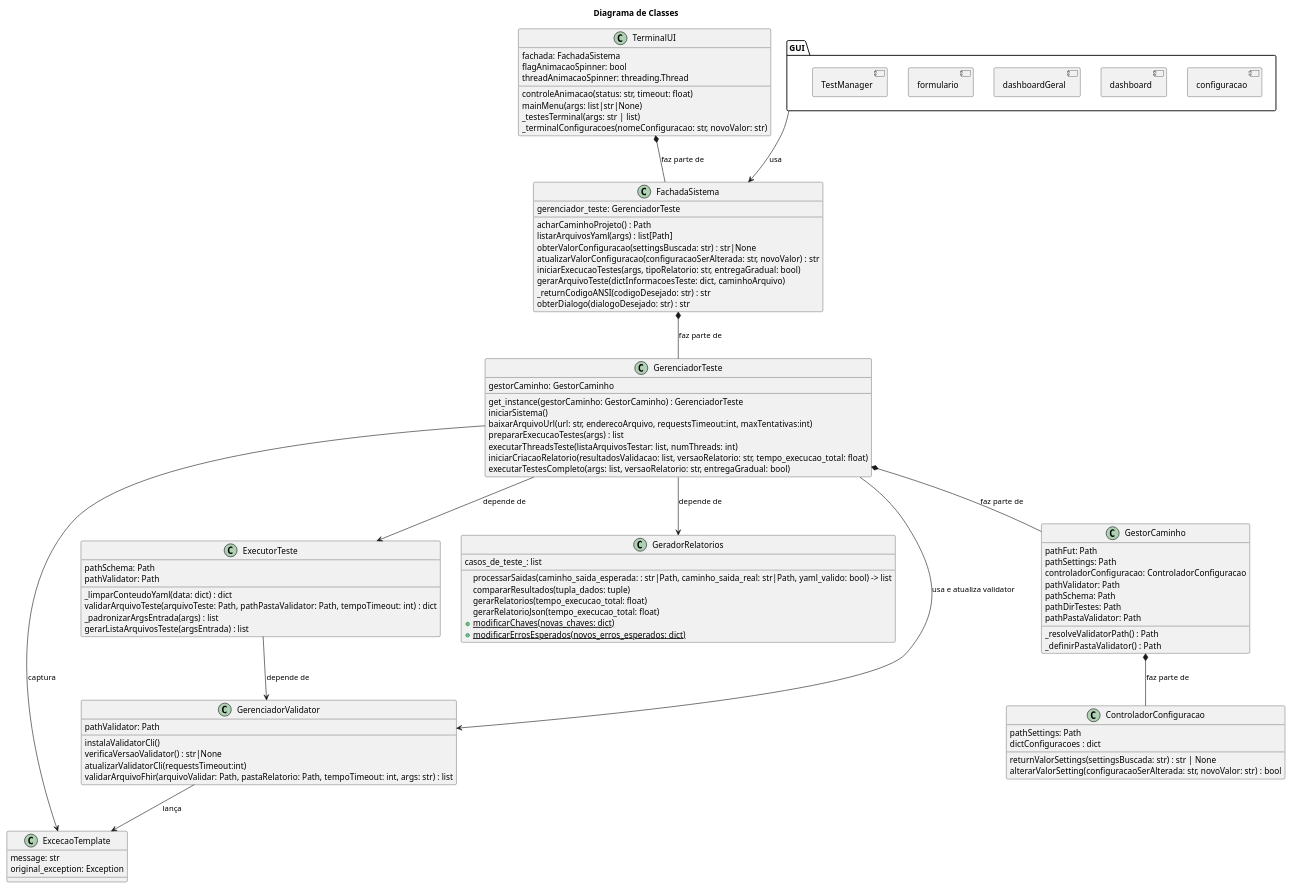
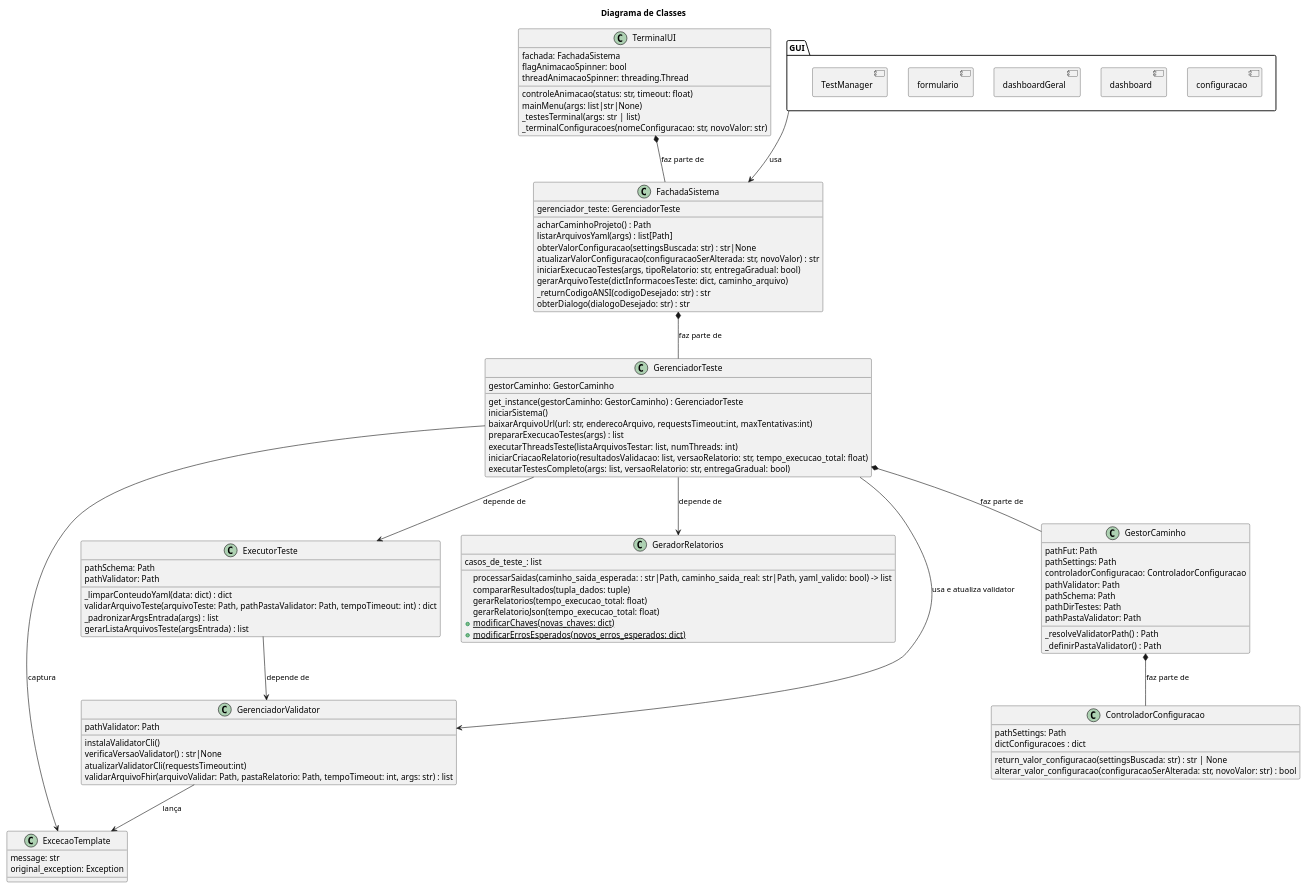
Before and after one commit to LeonardoCFilho/fut: the diagram in Documentacao/Diagramas/DiagramaClasse.puml, drawn with PlantUML. The commit also changed 7 other files, not shown here.

```diff
--- a/Documentacao/Diagramas/DiagramaClasse.puml
+++ b/Documentacao/Diagramas/DiagramaClasse.puml
@@ -1,119 +1,119 @@
 @startuml Classes
 
 ' Título do diagrama
 title Diagrama de Classes
 top to bottom direction
 ' Classes
 class ControladorConfiguracao {
     pathSettings: Path
     dictConfiguracoes : dict
-    returnValorSettings(settingsBuscada: str) : str | None
-    alterarValorSetting(configuracaoSerAlterada: str, novoValor: str) : bool
+    return_valor_configuracao(settingsBuscada: str) : str | None
+    alterar_valor_configuracao(configuracaoSerAlterada: str, novoValor: str) : bool
 }
 class ExcecaoTemplate {
     message: str
     original_exception: Exception
 }
 class ExecutorTeste {
     pathSchema: Path
     pathValidator: Path
     _limparConteudoYaml(data: dict) : dict
     validarArquivoTeste(arquivoTeste: Path, pathPastaValidator: Path, tempoTimeout: int) : dict
     _padronizarArgsEntrada(args) : list
     gerarListaArquivosTeste(argsEntrada) : list
 
 }
 class GeradorRelatorios {
     casos_de_teste_: list
     processarSaidas(caminho_saida_esperada: : str|Path, caminho_saida_real: str|Path, yaml_valido: bool) -> list
     compararResultados(tupla_dados: tuple)
     gerarRelatorios(tempo_execucao_total: float)
     gerarRelatorioJson(tempo_execucao_total: float)
     {static} +modificarChaves(novas_chaves: dict)
     {static} +modificarErrosEsperados(novos_erros_esperados: dict)
 }
 class GerenciadorTeste {
     gestorCaminho: GestorCaminho
     get_instance(gestorCaminho: GestorCaminho) : GerenciadorTeste
     iniciarSistema()
     baixarArquivoUrl(url: str, enderecoArquivo, requestsTimeout:int, maxTentativas:int)
     prepararExecucaoTestes(args) : list
     executarThreadsTeste(listaArquivosTestar: list, numThreads: int)
     iniciarCriacaoRelatorio(resultadosValidacao: list, versaoRelatorio: str, tempo_execucao_total: float)
     executarTestesCompleto(args: list, versaoRelatorio: str, entregaGradual: bool)
 }
 class GerenciadorValidator {
     pathValidator: Path
     instalaValidatorCli()
     verificaVersaoValidator() : str|None
     atualizarValidatorCli(requestsTimeout:int)
     validarArquivoFhir(arquivoValidar: Path, pastaRelatorio: Path, tempoTimeout: int, args: str) : list
 }
 class GestorCaminho {
     pathFut: Path
     pathSettings: Path
     controladorConfiguracao: ControladorConfiguracao
     pathValidator: Path 
     pathSchema: Path  
     pathDirTestes: Path
     pathPastaValidator: Path
     _resolveValidatorPath() : Path   
     _definirPastaValidator() :  Path  
 
 }
 class FachadaSistema {
     gerenciador_teste: GerenciadorTeste
     acharCaminhoProjeto() : Path   
     listarArquivosYaml(args) : list[Path]
     obterValorConfiguracao(settingsBuscada: str) : str|None
     atualizarValorConfiguracao(configuracaoSerAlterada: str, novoValor) : str 
     iniciarExecucaoTestes(args, tipoRelatorio: str, entregaGradual: bool)
-    gerarArquivoTeste(dictInformacoesTeste: dict, caminhoArquivo)
+    gerarArquivoTeste(dictInformacoesTeste: dict, caminho_arquivo)
     _returnCodigoANSI(codigoDesejado: str) : str
     obterDialogo(dialogoDesejado: str) : str
 }
 class TerminalUI {
     fachada: FachadaSistema
     flagAnimacaoSpinner: bool
     threadAnimacaoSpinner: threading.Thread
     controleAnimacao(status: str, timeout: float)
     mainMenu(args: list|str|None)
     _testesTerminal(args: str | list)
     _terminalConfiguracoes(nomeConfiguracao: str, novoValor: str)
 }
 package GUI {
     component configuracao{
 
     }
     component dashboard{
 
     }
     component dashboardGeral{
 
     }
     component formulario{
 
     }
     component TestManager{
 
     }
 }
 
 ' Relacoes
 GUI --> FachadaSistema : usa
 GerenciadorTeste --> GeradorRelatorios : depende de
 GerenciadorTeste --> ExecutorTeste : depende de
 ExecutorTeste --> GerenciadorValidator : depende de
 GerenciadorTeste --> GerenciadorValidator : usa e atualiza validator
 
 '' Excecao template
 GerenciadorValidator --> ExcecaoTemplate : lança
 GerenciadorTeste --> ExcecaoTemplate : captura
 
 '' Composições
 GerenciadorTeste *-- GestorCaminho : faz parte de
 GestorCaminho *-- ControladorConfiguracao : faz parte de
 FachadaSistema *-- GerenciadorTeste : faz parte de
 TerminalUI *-- FachadaSistema : faz parte de
 
 @enduml
```
